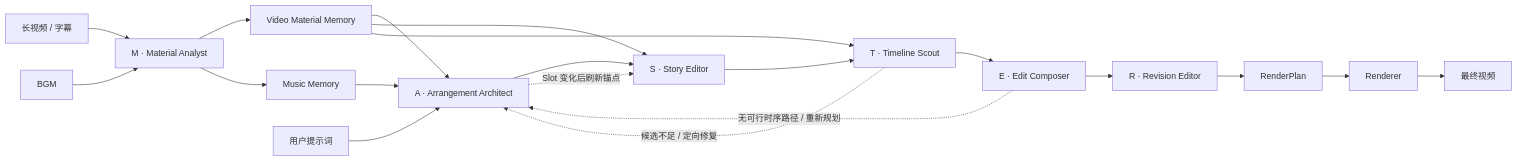
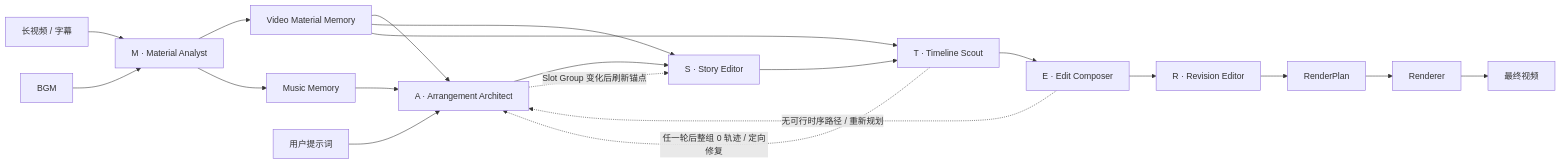
Before and after one commit to hit-felix-chen/CutMaster: the diagram in README.md, drawn with Mermaid. The commit also changed other lines of this file and 61 other files, not shown here.

````diff
--- a/README.md
+++ b/README.md
@@ -64,24 +64,24 @@
 ```mermaid
 flowchart LR
     V["长视频 / 字幕"] --> M["M · Material Analyst"]
     B["BGM"] --> M
     M --> VM["Video Material Memory"]
     M --> MU["Music Memory"]
 
     P["用户提示词"] --> A["A · Arrangement Architect"]
     VM --> A
     MU --> A
     A --> S["S · Story Editor"]
     VM --> S
     S --> T["T · Timeline Scout"]
     VM --> T
     T --> E["E · Edit Composer"]
     E --> R["R · Revision Editor"]
     R --> RP["RenderPlan"]
     RP --> RD["Renderer"]
     RD --> O["最终视频"]
 
-    T -. "候选不足 / 定向修复" .-> A
+    T -. "任一轮后整组 0 轨迹 / 定向修复" .-> A
     E -. "无可行时序路径 / 重新规划" .-> A
-    A -. "Slot 变化后刷新锚点" .-> S
+    A -. "Slot Group 变化后刷新锚点" .-> S
 ```
````
